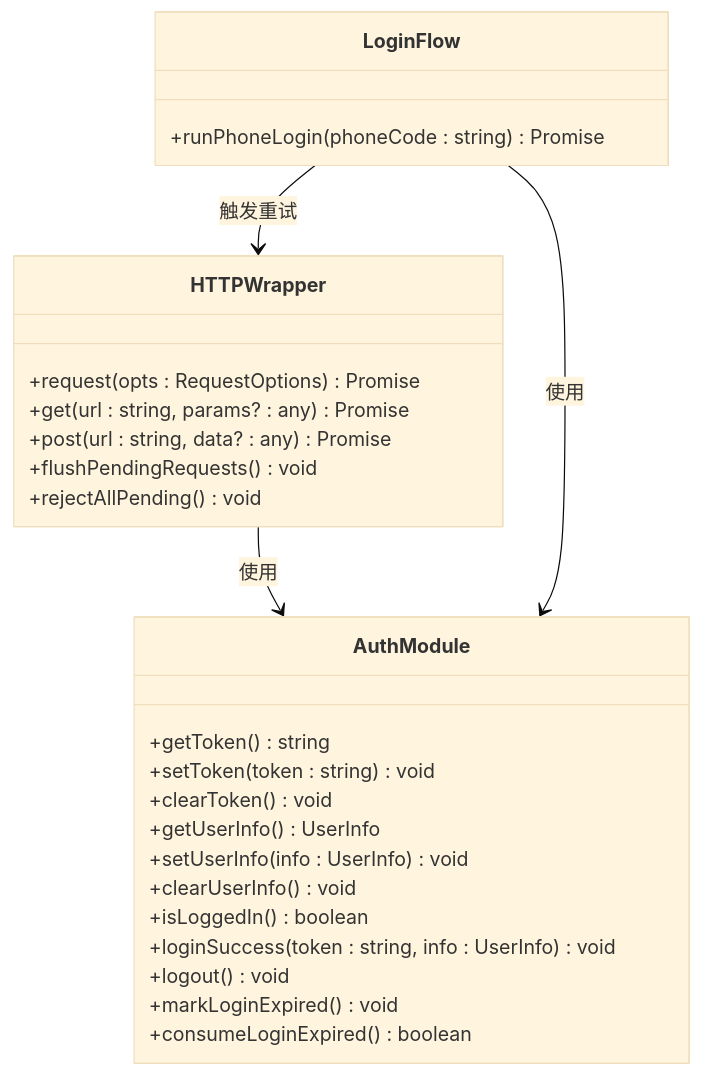
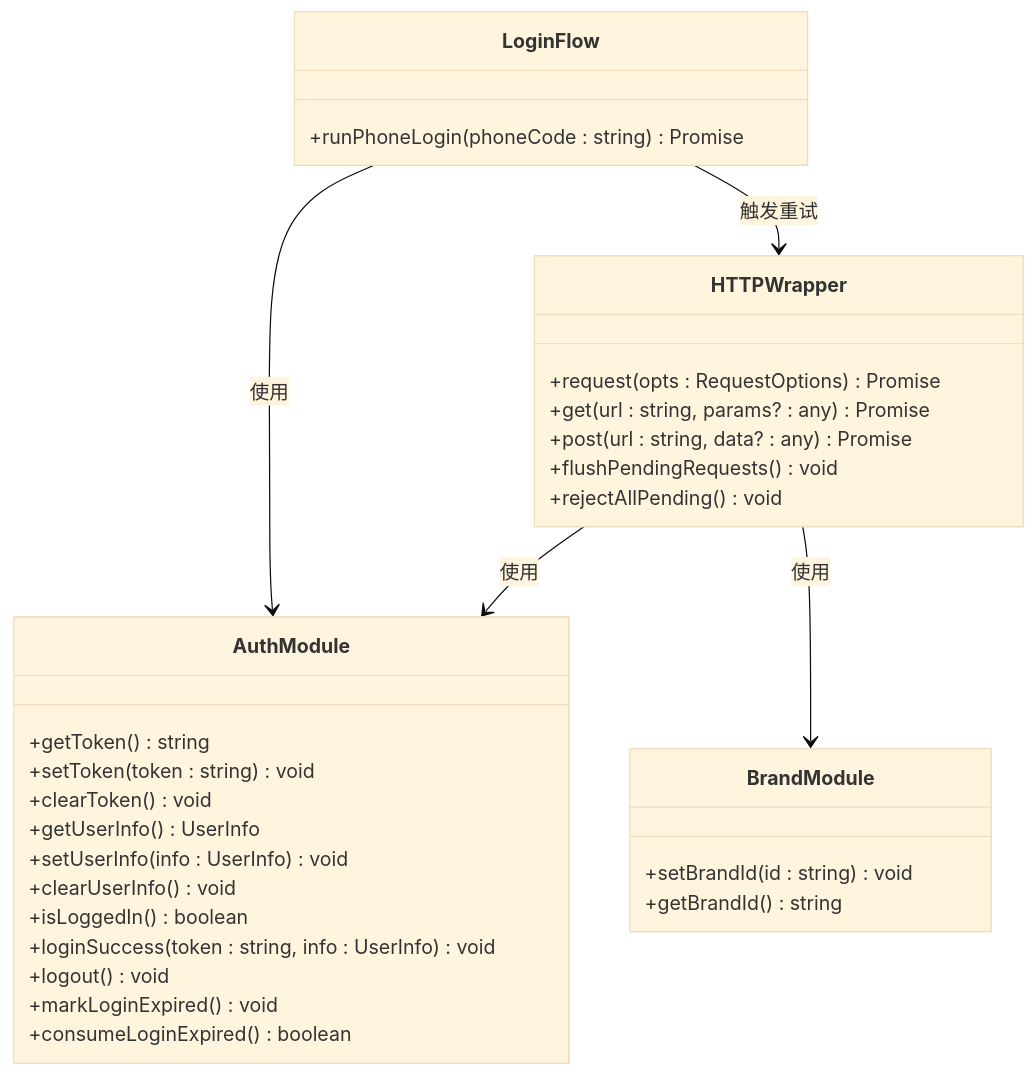
Before and after one commit to crazyma99/blueberry: the fifth of 9 diagrams in .qoder/repowiki/zh/content/工具模块详解/HTTP请求封装器.md, drawn with Mermaid (base theme). The commit also changed other lines of this file and 6 other files, not shown here.

````diff
--- a/.qoder/repowiki/zh/content/工具模块详解/HTTP请求封装器.md
+++ b/.qoder/repowiki/zh/content/工具模块详解/HTTP请求封装器.md
@@ -327,29 +424,34 @@
 ```mermaid
 classDiagram
 class AuthModule {
 +getToken() string
 +setToken(token : string) void
 +clearToken() void
 +getUserInfo() UserInfo
 +setUserInfo(info : UserInfo) void
 +clearUserInfo() void
 +isLoggedIn() boolean
 +loginSuccess(token : string, info : UserInfo) void
 +logout() void
 +markLoginExpired() void
 +consumeLoginExpired() boolean
 }
 class HTTPWrapper {
 +request(opts : RequestOptions) Promise
 +get(url : string, params? : any) Promise
 +post(url : string, data? : any) Promise
 +flushPendingRequests() void
 +rejectAllPending() void
 }
+class BrandModule {
++setBrandId(id : string) void
++getBrandId() string
+}
 class LoginFlow {
 +runPhoneLogin(phoneCode : string) Promise
 }
 HTTPWrapper --> AuthModule : 使用
+HTTPWrapper --> BrandModule : 使用
 LoginFlow --> AuthModule : 使用
 LoginFlow --> HTTPWrapper : 触发重试
 ```
````
